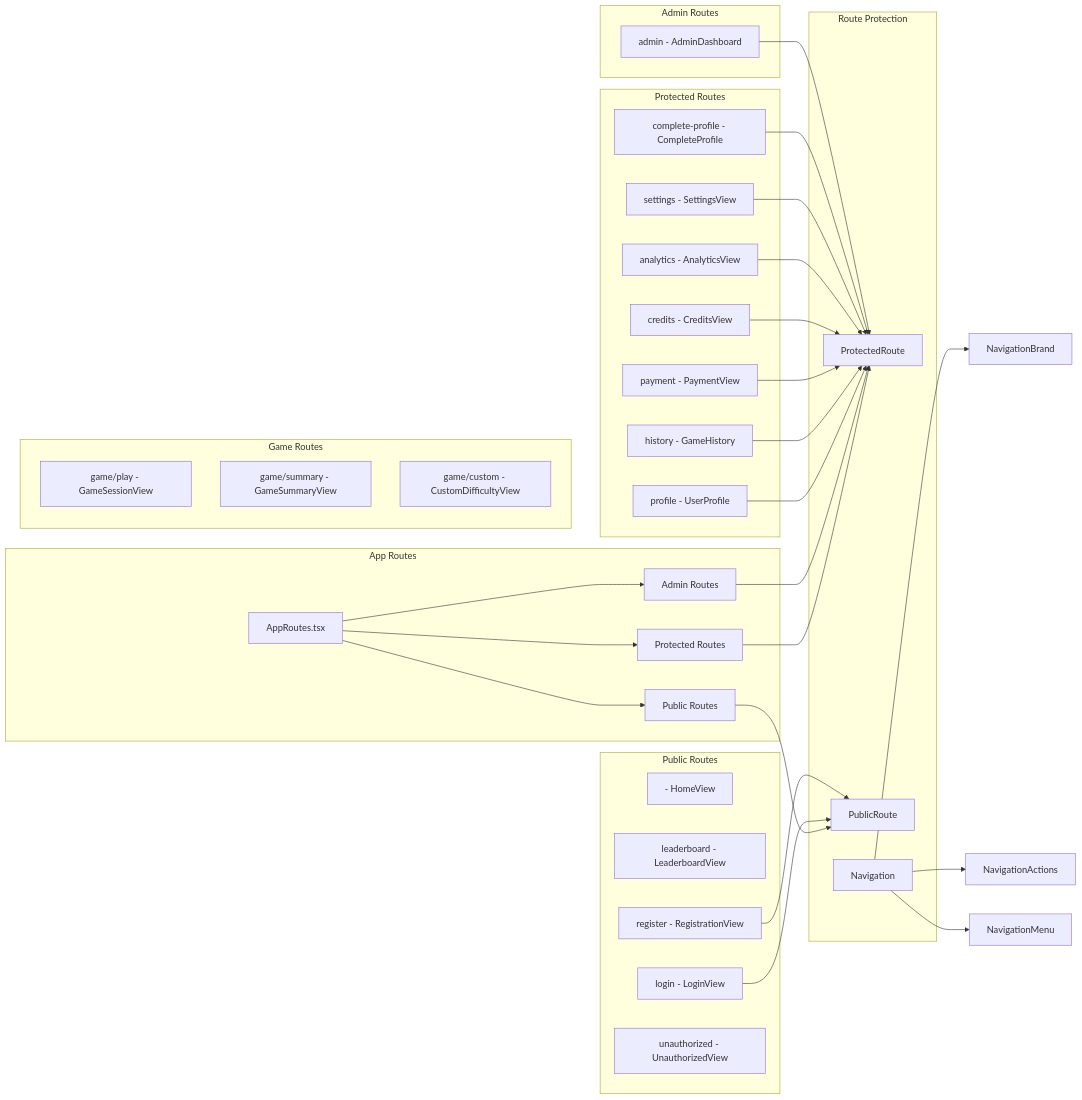
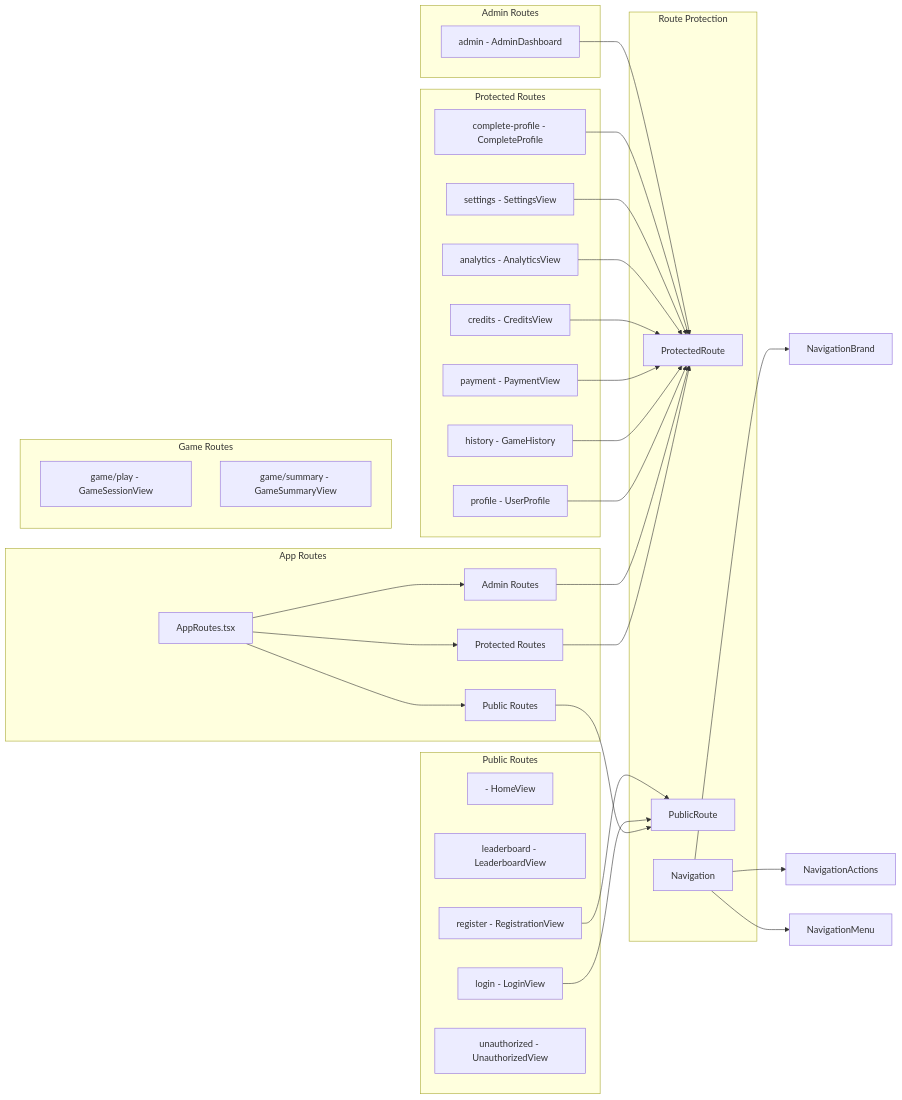
Before and after one commit to IsraelRub/EveryTriv: diagram 22 of 28 in docs/DIAGRAMS.md, drawn with Mermaid. The commit also changed other lines of this file and 789 other files, not shown here.

````diff
--- a/docs/DIAGRAMS.md
+++ b/docs/DIAGRAMS.md
@@ -1477,60 +1429,59 @@
 ```mermaid
 graph LR
     subgraph "App Routes"
         A[AppRoutes.tsx]
         A --> B[Public Routes]
         A --> C[Protected Routes]
         A --> D[Admin Routes]
     end
 
     subgraph "Public Routes"
         E[- HomeView]
         F[leaderboard - LeaderboardView]
         G[login - LoginView]
         H[register - RegistrationView]
         I[unauthorized - UnauthorizedView]
     end
 
     subgraph "Game Routes"
         J[game/play - GameSessionView]
         K[game/summary - GameSummaryView]
-        L[game/custom - CustomDifficultyView]
     end
 
     subgraph "Protected Routes"
         M[profile - UserProfile]
         N[history - GameHistory]
         O[payment - PaymentView]
         P[credits - CreditsView]
         Q[analytics - AnalyticsView]
         R[settings - SettingsView]
         S[complete-profile - CompleteProfile]
     end
 
     subgraph "Admin Routes"
         T[admin - AdminDashboard]
     end
 
     subgraph "Route Protection"
         U[ProtectedRoute]
         V[PublicRoute]
         W[Navigation]
     end
 
     C --> U
     D --> U
     B --> V
     M --> U
     N --> U
     O --> U
     P --> U
     Q --> U
     R --> U
     S --> U
     T --> U
     G --> V
     H --> V
     W --> X[NavigationBrand]
     W --> Y[NavigationActions]
     W --> Z[NavigationMenu]
 ```
````
